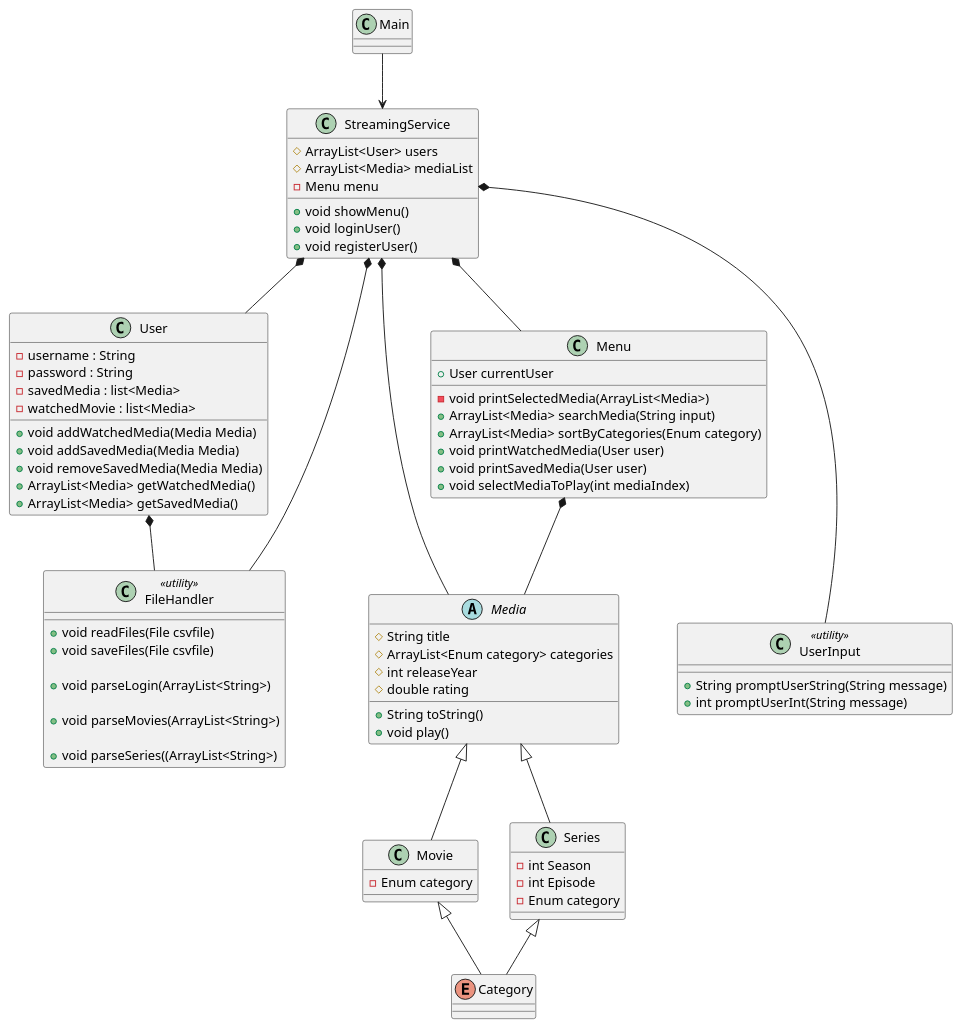
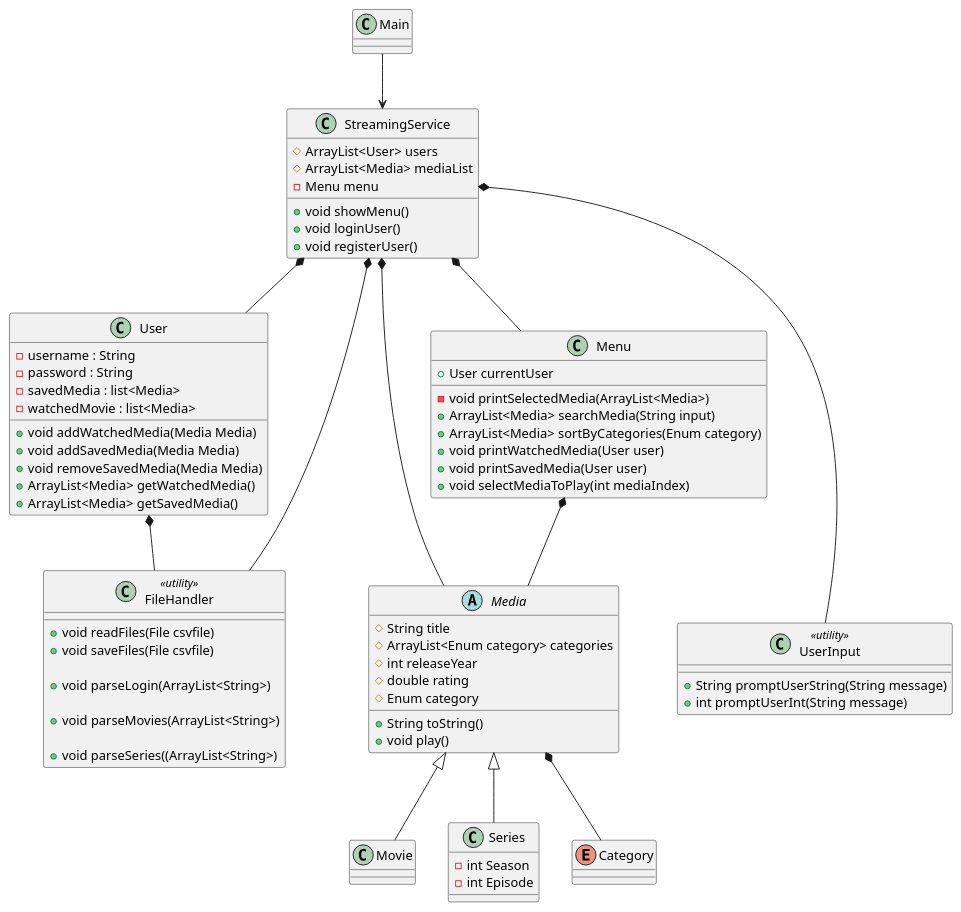
One commit to Max-Rasmussen/SP3-StreamingService changed the diagram in UML DIagram/classDiagram.puml. Above: the diagram before and after it, drawn with PlantUML. The commit also changed 1 other file, not shown here.

Commit message:
updated classDiagram

```diff
--- a/UML DIagram/classDiagram.puml
+++ b/UML DIagram/classDiagram.puml
@@ -1,121 +1,119 @@
 @startuml
 'https://plantuml.com/sequence-diagram
 
 
 
 
 '==Variabler og methods===
 
 class User{
 - username : String
 - password : String
 - savedMedia : list<Media>
 - watchedMovie : list<Media>
 
 
 + void addWatchedMedia(Media Media)
 + void addSavedMedia(Media Media)
 + void removeSavedMedia(Media Media)
 + ArrayList<Media> getWatchedMedia()
 + ArrayList<Media> getSavedMedia()
 
 }
 
 abstract class Media{
 # String title
 # ArrayList<Enum category> categories
 # int releaseYear
 # double rating
+# Enum category
 
 + String toString()
 + void play()
 
 
 }
 
 class Main
 
 class Movie{
 
--Enum category
+
 }
 
 class Series{
 -int Season
 -int Episode
--Enum category
+
 }
 
 
 enum Category
 class StreamingService{
 # ArrayList<User> users
 # ArrayList<Media> mediaList
 - Menu menu
 
 + void showMenu()
 + void loginUser()
 + void registerUser()
 
 
 }
 class FileHandler <<utility>> {
 
 + void readFiles(File csvfile)
 + void saveFiles(File csvfile)
 
 + void parseLogin(ArrayList<String>)
 
 + void parseMovies(ArrayList<String>)
 
 + void parseSeries((ArrayList<String>)
 
 
 }
 
 
 class UserInput <<utility>>{
 
 
 +String promptUserString(String message)
 +int promptUserInt(String message)
 
 }
 class Menu{
 +User currentUser
 
 - void printSelectedMedia(ArrayList<Media>)
 + ArrayList<Media> searchMedia(String input)
 + ArrayList<Media> sortByCategories(Enum category)
 + void printWatchedMedia(User user)
 + void printSavedMedia(User user)
 + void selectMediaToPlay(int mediaIndex)
 
 }
 
 
 '==ARV===
 
 User *-- FileHandler
 StreamingService *-- FileHandler
 
 Menu *-- Media
 
 Main --> StreamingService
 
 StreamingService *--- UserInput
 StreamingService *-- Media
 StreamingService *-- Menu
 StreamingService *-- User
 
 
 Media <|-- Movie
 Media <|-- Series
-
-
-Movie <|-- Category
-Series <|-- Category
+Media *-- Category
 
 
 
 @enduml
```
